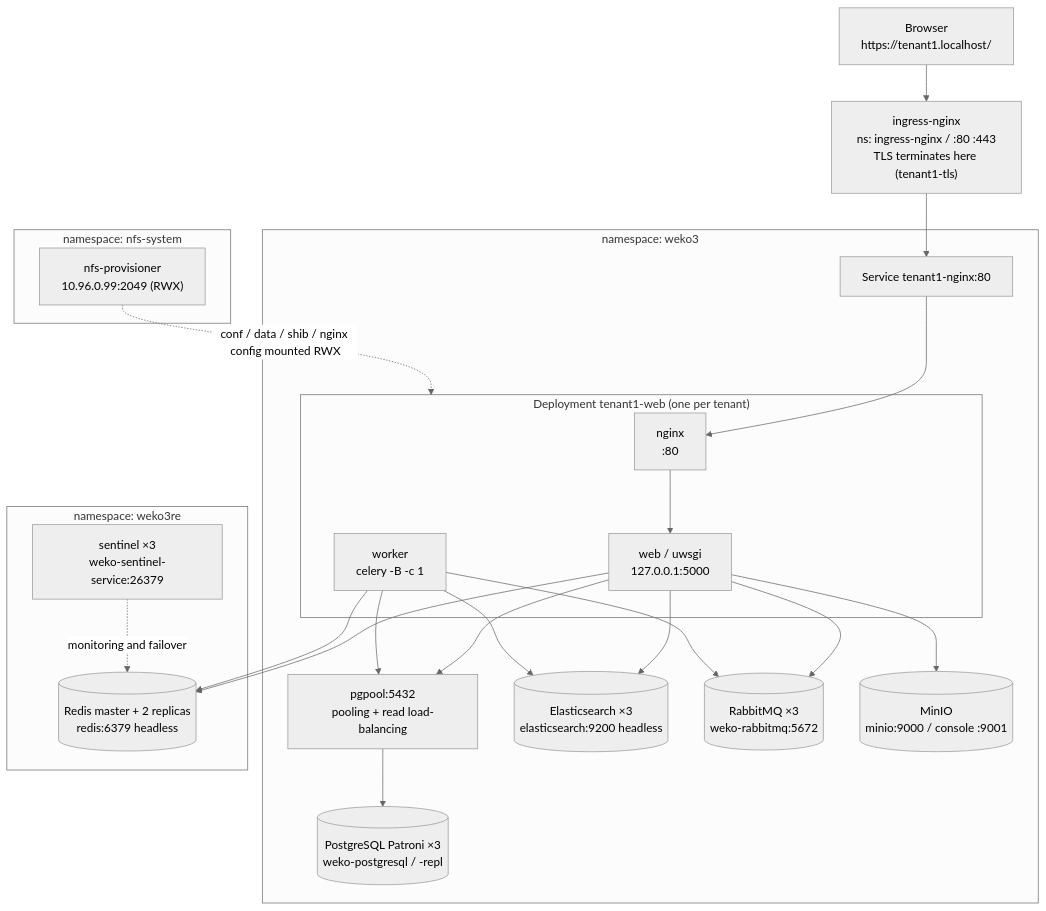
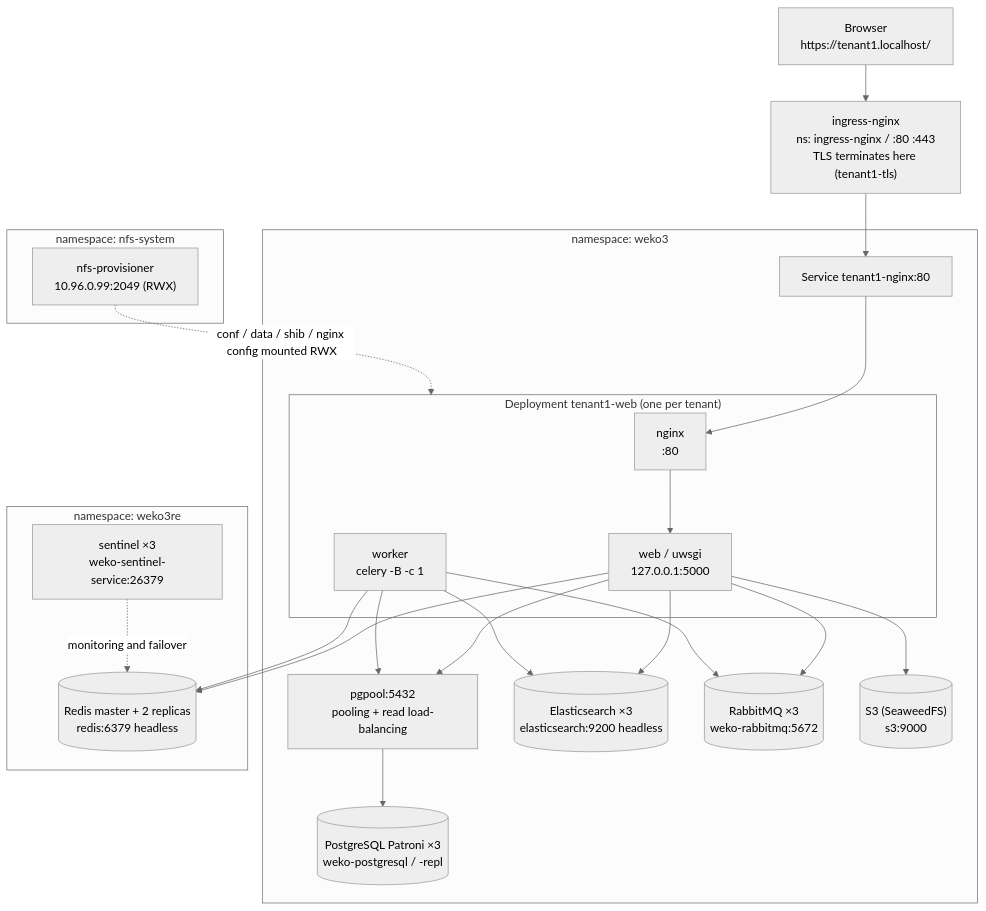
The first of 4 diagrams in weko-k8s-sample/k8s-weko/README-arm64.en.md (RCOSDP/weko-workshop), drawn with Mermaid (neutral theme) before and after one commit. The commit also changed other lines of this file and 44 other files, not shown here.

````diff
--- a/weko-k8s-sample/k8s-weko/README-arm64.en.md
+++ b/weko-k8s-sample/k8s-weko/README-arm64.en.md
@@ -353,42 +386,42 @@
 ```mermaid
 flowchart TB
   browser["Browser<br/>https://tenant1.localhost/"]
   ing["ingress-nginx<br/>ns: ingress-nginx / :80 :443<br/>TLS terminates here (tenant1-tls)"]
 
   subgraph weko3["namespace: weko3"]
     svc["Service tenant1-nginx:80"]
     subgraph pod["Deployment tenant1-web (one per tenant)"]
       nginx["nginx<br/>:80"]
       web["web / uwsgi<br/>127.0.0.1:5000"]
       worker["worker<br/>celery -B -c 1"]
     end
     pgpool["pgpool:5432<br/>pooling + read load-balancing"]
     pg[("PostgreSQL Patroni ×3<br/>weko-postgresql / -repl")]
     es[("Elasticsearch ×3<br/>elasticsearch:9200 headless")]
     mq[("RabbitMQ ×3<br/>weko-rabbitmq:5672")]
-    minio[("MinIO<br/>minio:9000 / console :9001")]
+    s3[("S3 (SeaweedFS)<br/>s3:9000")]
   end
 
   subgraph weko3re["namespace: weko3re"]
     redis[("Redis master + 2 replicas<br/>redis:6379 headless")]
     sent["sentinel ×3<br/>weko-sentinel-service:26379"]
   end
 
   subgraph nfssys["namespace: nfs-system"]
     nfs["nfs-provisioner<br/>10.96.0.99:2049 (RWX)"]
   end
 
   browser --> ing --> svc --> nginx --> web
   web --> pgpool
   worker --> pgpool
   pgpool --> pg
   web --> es
   worker --> es
   web --> mq
   worker --> mq
   web --> redis
   worker --> redis
-  web --> minio
+  web --> s3
   sent -.->|"monitoring and failover"| redis
   nfs -.->|"conf / data / shib / nginx config mounted RWX"| pod
 ```
````
